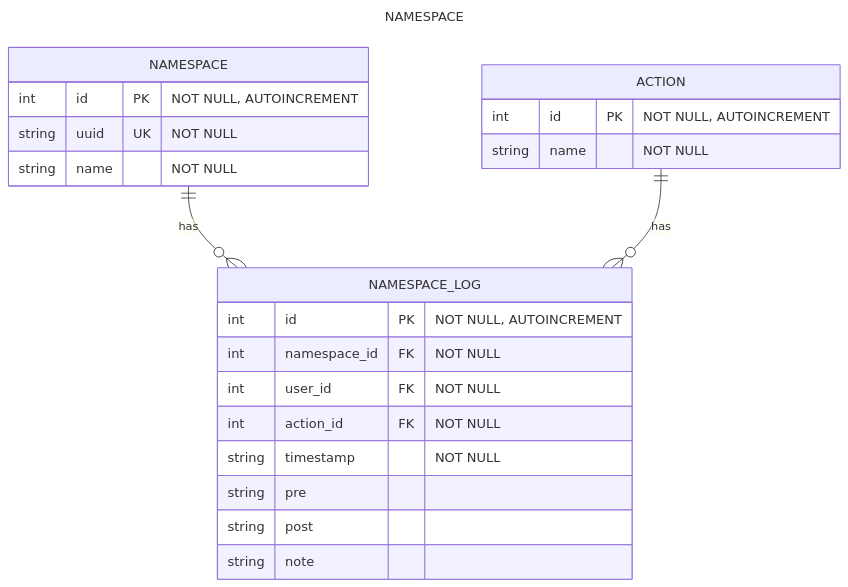
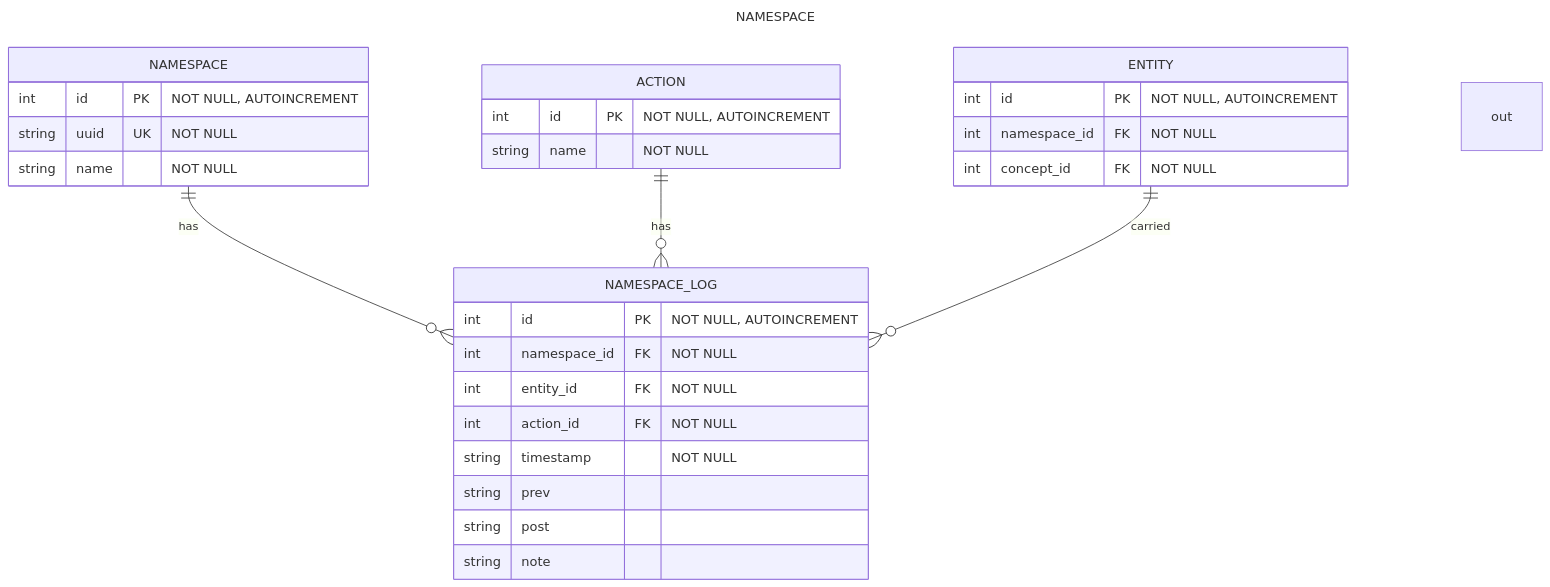
The diagram in DATABASE-SCHEMA.md (polarlabs/kodiak-diagrams), drawn with Mermaid before and after one commit.

Commit message:
mod: link change log to entity.

````diff
--- a/DATABASE-SCHEMA.md
+++ b/DATABASE-SCHEMA.md
@@ -5,27 +5,33 @@
 ```mermaid
 ---
 title: NAMESPACE
 ---
 erDiagram
     NAMESPACE {
         int    id   PK "NOT NULL, AUTOINCREMENT"
         string uuid UK "NOT NULL"
         string name    "NOT NULL"
     }
     NAMESPACE_LOG {
-        int       id           PK "NOT NULL, AUTOINCREMENT"
-        int       namespace_id FK "NOT NULL"
-        int       user_id      FK "NOT NULL"
-        int       action_id    FK "NOT NULL"
-        string    timestamp       "NOT NULL"
-        string    pre
-        string    post
-        string    note 
+        int    id           PK "NOT NULL, AUTOINCREMENT"
+        int    namespace_id FK "NOT NULL"
+        int    entity_id    FK "NOT NULL"
+        int    action_id    FK "NOT NULL"
+        string timestamp       "NOT NULL"
+        string prev
+        string post
+        string note 
     }
     ACTION {
-        int       id           PK "NOT NULL, AUTOINCREMENT"
-        string    name            "NOT NULL"
+        int    id           PK "NOT NULL, AUTOINCREMENT"
+        string name            "NOT NULL"
+    }
+    ENTITY {
+        int id           PK "NOT NULL, AUTOINCREMENT"
+        int namespace_id FK "NOT NULL"
+        int concept_id   FK "NOT NULL"
     }
     NAMESPACE ||--o{ NAMESPACE_LOG               : has
     ACTION    ||--o{ NAMESPACE_LOG               : has
+    ENTITY    ||--o{ NAMESPACE_LOG               : carried out
 ```
````
